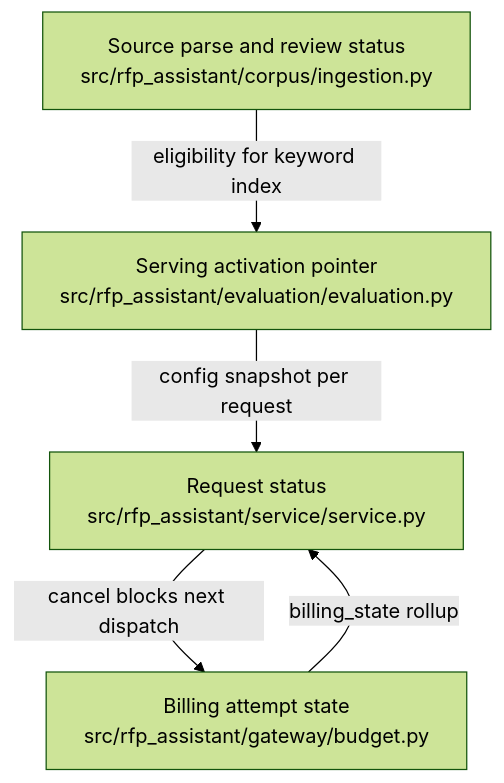
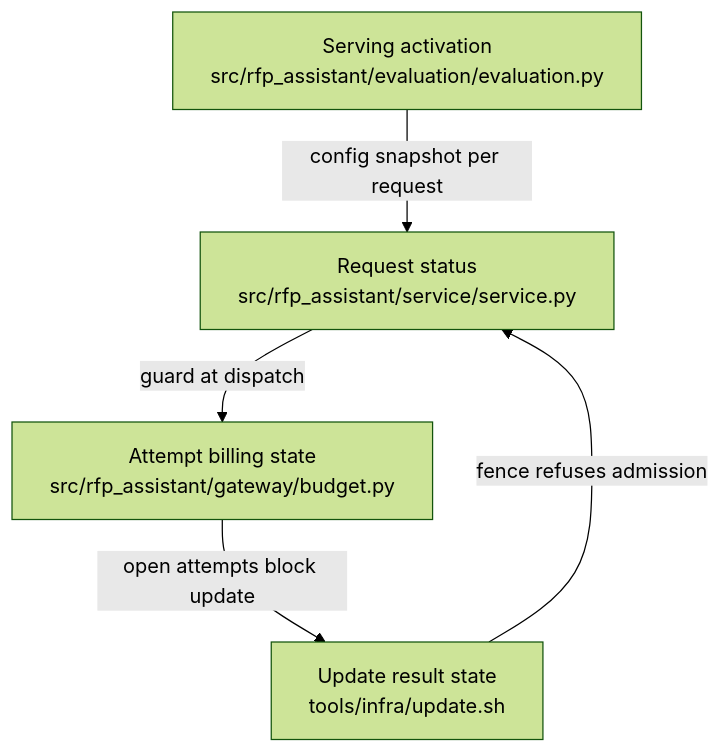
The diagram in .omm/state-transitions/diagram.mmd (littleeeeebit/project-codeit-mid), drawn with Mermaid (forest theme) before and after one commit. The commit also changed 346 other files, not shown here.

Commit message:
Refresh wiki and architecture before merge

```diff
--- a/.omm/state-transitions/diagram.mmd
+++ b/.omm/state-transitions/diagram.mmd
@@ -1,9 +1,5 @@
 graph TD
-  request-states["Request status\nsrc/rfp_assistant/service/service.py"]
-  billing-attempt-states["Billing attempt state\nsrc/rfp_assistant/gateway/budget.py"]
-  source-review-states["Source parse and review status\nsrc/rfp_assistant/corpus/ingestion.py"]
-  serving-activation["Serving activation pointer\nsrc/rfp_assistant/evaluation/evaluation.py"]
-  request-states -->|cancel blocks next dispatch| billing-attempt-states
-  billing-attempt-states -->|billing_state rollup| request-states
-  source-review-states -->|eligibility for keyword index| serving-activation
-  serving-activation -->|config snapshot per request| request-states
+  request-states["Request status\nsrc/rfp_assistant/service/service.py"] -->|"guard at dispatch"| attempt-states["Attempt billing state\nsrc/rfp_assistant/gateway/budget.py"]
+  attempt-states -->|"open attempts block update"| update-states["Update result state\ntools/infra/update.sh"]
+  update-states -->|"fence refuses admission"| request-states
+  serving-activation["Serving activation\nsrc/rfp_assistant/evaluation/evaluation.py"] -->|"config snapshot per request"| request-states
```
